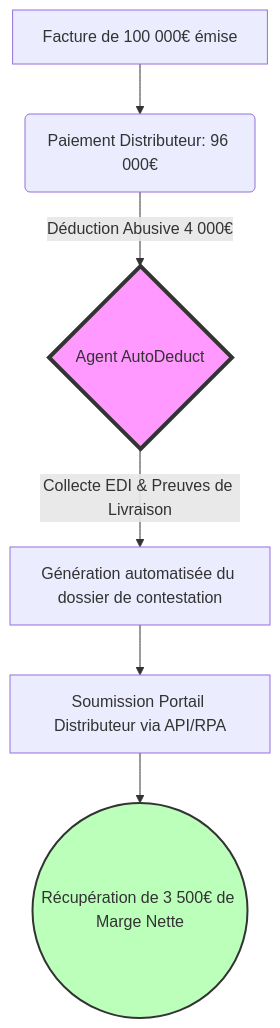
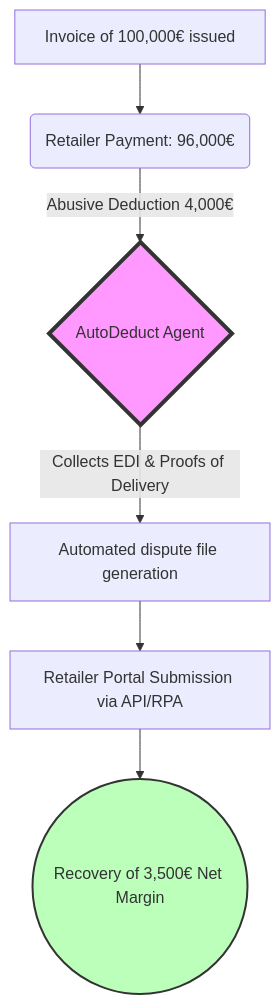
Before and after one commit to flouzzy/top-100-ai-startup-ideas: the first of 2 diagrams in ideas/autodeduct-ai/README.md, drawn with Mermaid. The commit also changed other lines of this file and 21 other files, not shown here.

````diff
--- a/ideas/autodeduct-ai/README.md
+++ b/ideas/autodeduct-ai/README.md
@@ -14,10 +17,10 @@
 ```mermaid
 graph TD
-    A[Facture de 100 000€ émise] --> B(Paiement Distributeur: 96 000€)
-    B -->|Déduction Abusive 4 000€| C{Agent AutoDeduct}
-    C -->|Collecte EDI & Preuves de Livraison| D[Génération automatisée du dossier de contestation]
-    D --> E[Soumission Portail Distributeur via API/RPA]
-    E --> F((Récupération de 3 500€ de Marge Nette))
+    A[Invoice of 100,000€ issued] --> B(Retailer Payment: 96,000€)
+    B -->|Abusive Deduction 4,000€| C{AutoDeduct Agent}
+    C -->|Collects EDI & Proofs of Delivery| D[Automated dispute file generation]
+    D --> E[Retailer Portal Submission via API/RPA]
+    E --> F((Recovery of 3,500€ Net Margin))
     style C fill:#f9f,stroke:#333,stroke-width:4px
     style F fill:#bfb,stroke:#333,stroke-width:2px
 ```
````
